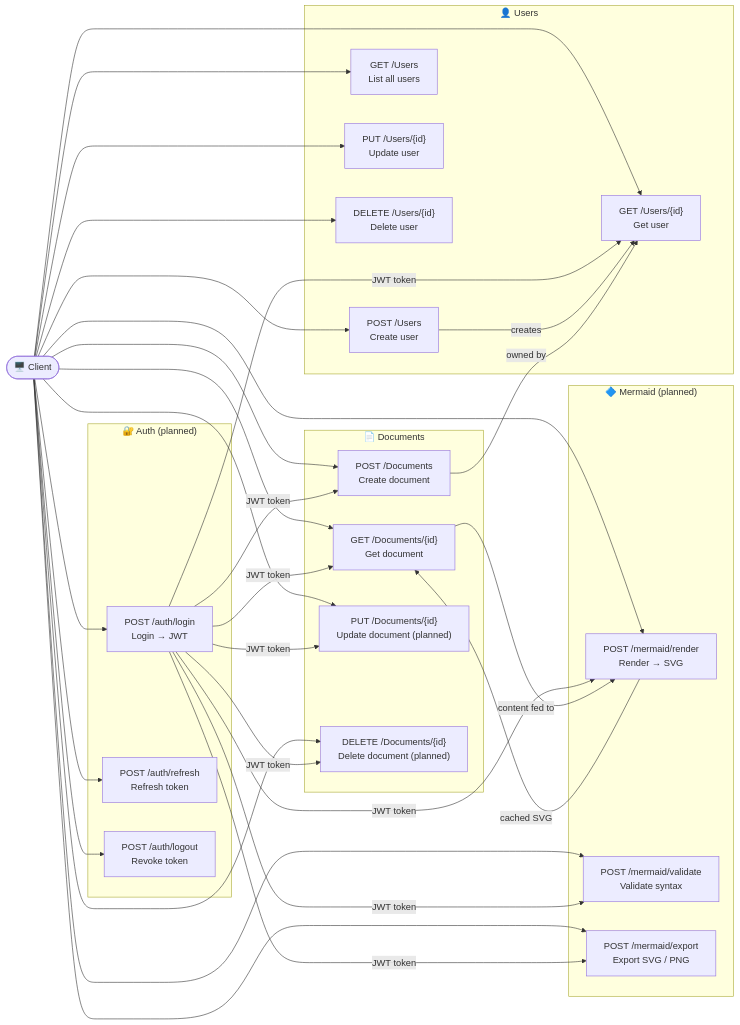
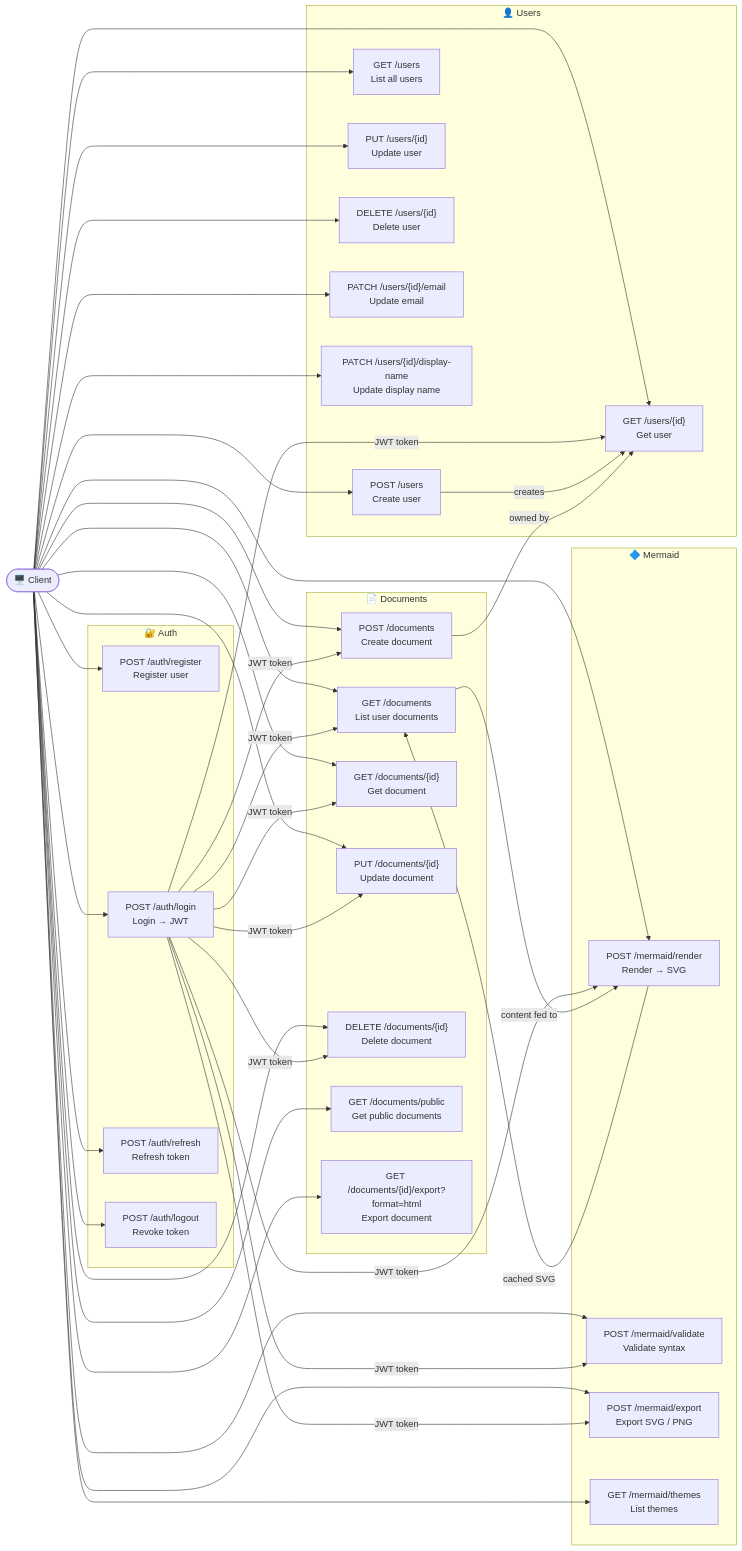
The diagram in README.md (Tareq-Bilal/MermaidFlow), drawn with Mermaid before and after one commit. The commit also changed other lines of this file, not shown here.

````diff
--- a/README.md
+++ b/README.md
@@ -36,45 +36,51 @@
 ```mermaid
 graph LR
     Client(["🖥️ Client"])
 
-    subgraph Auth ["🔐 Auth (planned)"]
-        A1["POST /auth/login\nLogin → JWT"]
-        A2["POST /auth/refresh\nRefresh token"]
-        A3["POST /auth/logout\nRevoke token"]
+    subgraph Auth ["🔐 Auth"]
+        A1["POST /auth/register\nRegister user"]
+        A2["POST /auth/login\nLogin → JWT"]
+        A3["POST /auth/refresh\nRefresh token"]
+        A4["POST /auth/logout\nRevoke token"]
     end
 
     subgraph Users ["👤 Users"]
-        U1["POST /Users\nCreate user"]
-        U2["GET /Users\nList all users"]
-        U3["GET /Users/{id}\nGet user"]
-        U4["PUT /Users/{id}\nUpdate user"]
-        U5["DELETE /Users/{id}\nDelete user"]
+        U1["POST /users\nCreate user"]
+        U2["GET /users\nList all users"]
+        U3["GET /users/{id}\nGet user"]
+        U4["PUT /users/{id}\nUpdate user"]
+        U5["DELETE /users/{id}\nDelete user"]
+        U6["PATCH /users/{id}/email\nUpdate email"]
+        U7["PATCH /users/{id}/display-name\nUpdate display name"]
     end
 
     subgraph Documents ["📄 Documents"]
-        D1["POST /Documents\nCreate document"]
-        D2["GET /Documents/{id}\nGet document"]
-        D3["PUT /Documents/{id}\nUpdate document (planned)"]
-        D4["DELETE /Documents/{id}\nDelete document (planned)"]
+        D1["POST /documents\nCreate document"]
+        D2["GET /documents\nList user documents"]
+        D3["GET /documents/{id}\nGet document"]
+        D4["PUT /documents/{id}\nUpdate document"]
+        D5["DELETE /documents/{id}\nDelete document"]
+        D6["GET /documents/public\nGet public documents"]
+        D7["GET /documents/{id}/export?format=html\nExport document"]
     end
 
-    subgraph Mermaid ["🔷 Mermaid (planned)"]
+    subgraph Mermaid ["🔷 Mermaid"]
         M1["POST /mermaid/render\nRender → SVG"]
         M2["POST /mermaid/validate\nValidate syntax"]
         M3["POST /mermaid/export\nExport SVG / PNG"]
+        M4["GET /mermaid/themes\nList themes"]
     end
 
-    Client --> A1 & A2 & A3
-    Client --> U1 & U2 & U3 & U4 & U5
-    Client --> D1 & D2 & D3 & D4
-    Client --> M1 & M2 & M3
+    Client --> A1 & A2 & A3 & A4
+    Client --> U1 & U2 & U3 & U4 & U5 & U6 & U7
+    Client --> D1 & D2 & D3 & D4 & D5 & D6 & D7
+    Client --> M1 & M2 & M3 & M4
 
-    A1 -- "JWT token" --> U3
-    A1 -- "JWT token" --> D1 & D2 & D3 & D4
-    A1 -- "JWT token" --> M1 & M2 & M3
+    A2 -- "JWT token" --> U3 & D1 & D2 & D3 & D4 & D5
+    A2 -- "JWT token" --> M1 & M2 & M3
 
     U1 -- "creates" --> U3
     D1 -- "owned by" --> U3
     D2 -- "content fed to" --> M1
     M1 -- "cached SVG" --> D2
 ```
````
